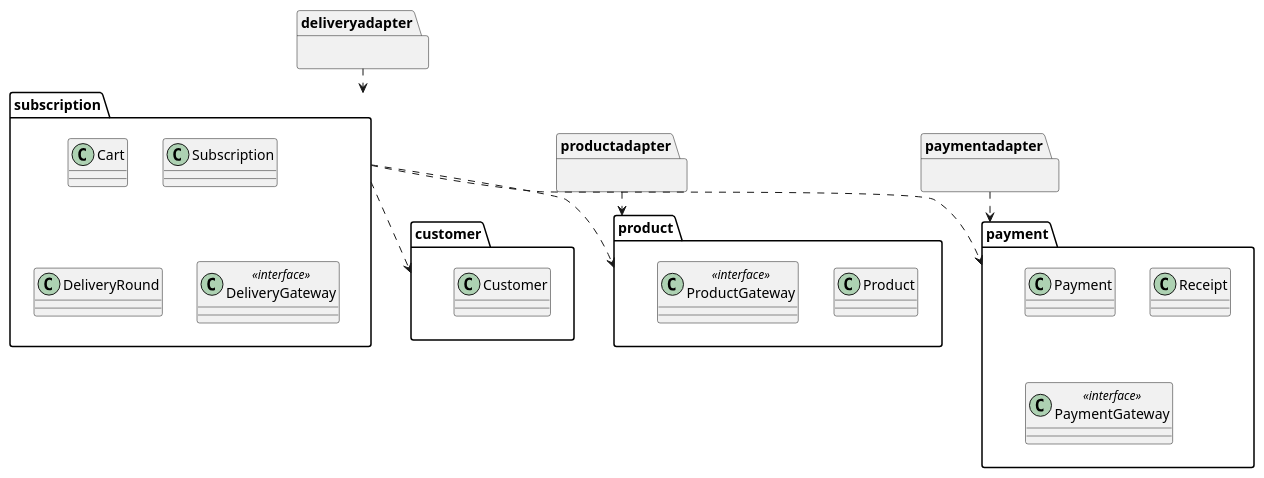
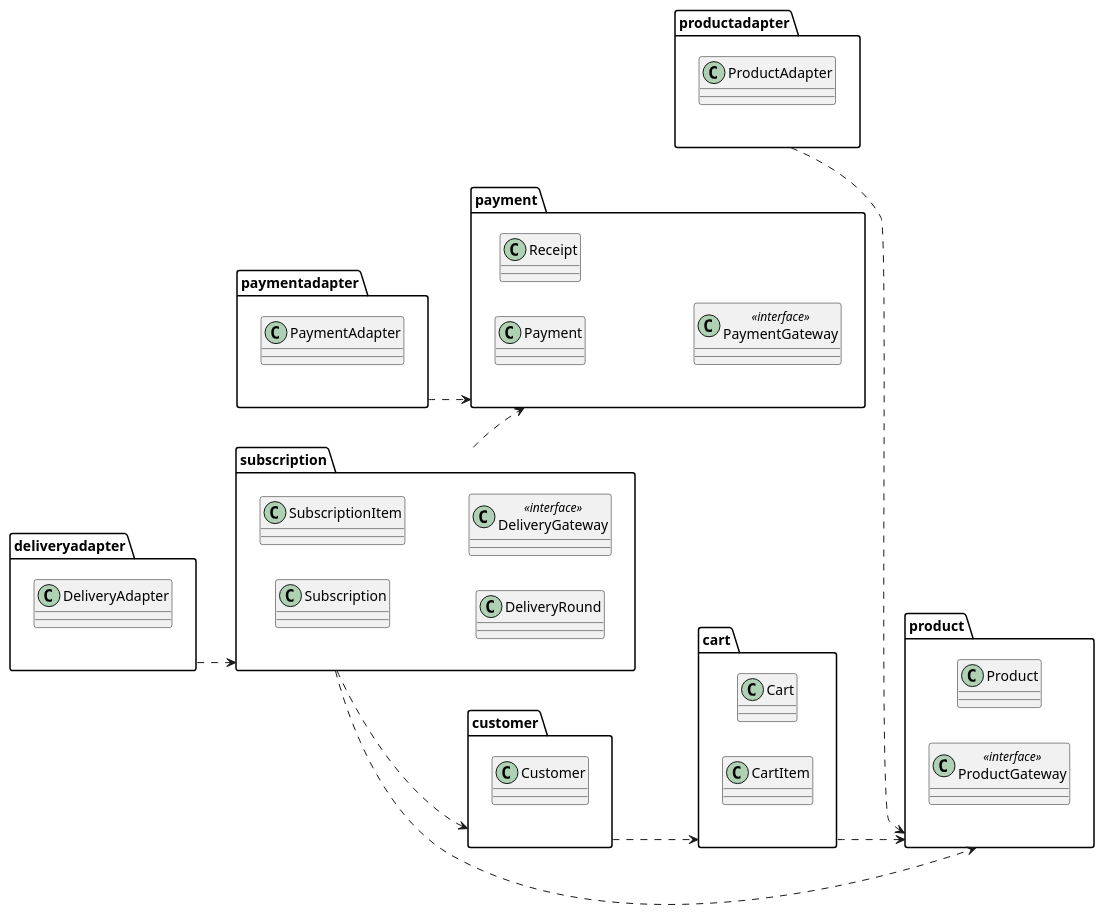
One commit to YoungSan77/TrainingMaterials changed diagram 17 of 17 in courses/ooad/sessions/s05.md. Above: the diagram before and after it, drawn with PlantUML. The commit also changed other lines of this file and 29 other files, not shown here.

````diff
--- a/courses/ooad/sessions/s05.md
+++ b/courses/ooad/sessions/s05.md
@@ -1060,34 +1086,44 @@
 ```plantuml:package
 @startuml
+left to right direction
 package "customer" as C {
   class "Customer" as Customer
 }
+package "cart" as K {
+  class "Cart" as Cart
+  class "CartItem" as CartItem
+}
 package "subscription" as S {
-  class "Cart" as Cart
   class "Subscription" as Sub
+  class "SubscriptionItem" as SubItem
   class "DeliveryRound" as Round
-  class "DeliveryGateway" as DSI <<interface>>
+  class "DeliveryGateway" as DG <<interface>>
 }
 package "product" as P {
   class "Product" as Product
-  class "ProductGateway" as PSI <<interface>>
+  class "ProductGateway" as PG <<interface>>
 }
 package "payment" as Pay {
   class "Payment" as Payment
   class "Receipt" as Receipt
-  class "PaymentGateway" as PXI <<interface>>
+  class "PaymentGateway" as PayG <<interface>>
 }
-package "productadapter" as PI {
+package "productadapter" as PA {
+  class "ProductAdapter" as PAd
 }
-package "paymentadapter" as PayI {
+package "paymentadapter" as PYA {
+  class "PaymentAdapter" as PYAd
 }
-package "deliveryadapter" as DI {
+package "deliveryadapter" as DA {
+  class "DeliveryAdapter" as DAd
 }
+C ..> K
+K ..> P
 S ..> C
 S ..> P
 S ..> Pay
-PI ..> P
-PayI ..> Pay
-DI ..> S
+PA ..> P
+PYA ..> Pay
+DA ..> S
 @enduml
 ```
````
